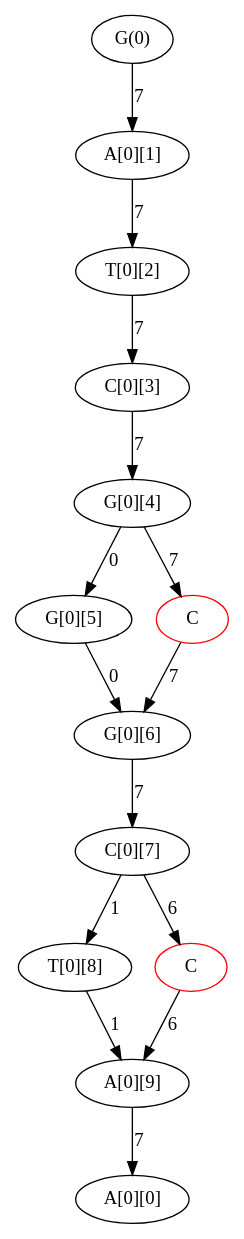
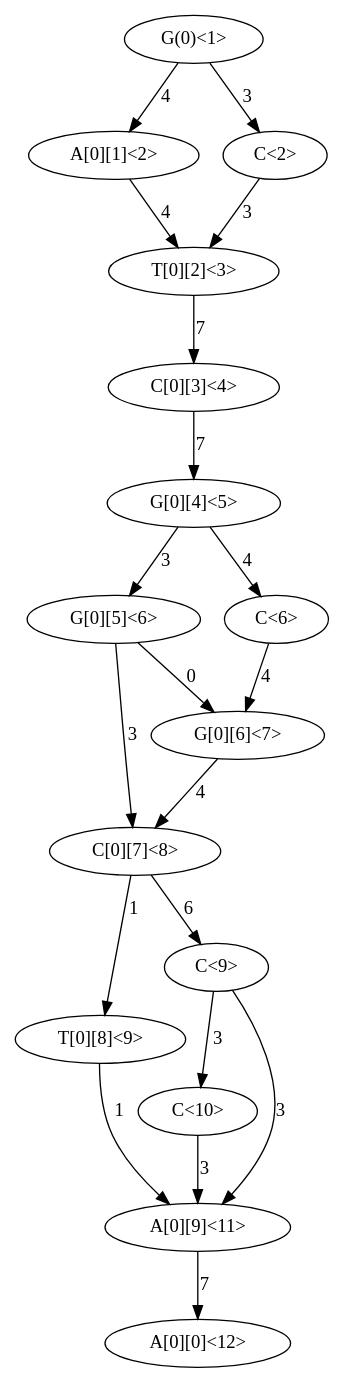
The diagram in subgraph.dot (keithyin/Sparc), drawn with Graphviz before and after one commit. The commit also changed 7 other files, not shown here.

```diff
--- a/subgraph.dot
+++ b/subgraph.dot
@@ -1,31 +1,41 @@
 digraph G {
-"0x791dd8001490" [label="G(0)"];
-"0x791dd8001490" -> "0x791dd80014d0" [label="7"];
-"0x791dd80014d0" [label="A[0][1]"];
-"0x791dd80014d0" -> "0x791dd8001550" [label="7"];
-"0x791dd8001550" [label="T[0][2]"];
-"0x791dd8001550" -> "0x791dd80015d0" [label="7"];
-"0x791dd80015d0" [label="C[0][3]"];
-"0x791dd80015d0" -> "0x791dd8001650" [label="7"];
-"0x791dd8001650" [label="G[0][4]"];
-"0x791dd8001650" -> "0x791dd80016d0" [label="0"];
-"0x791dd80016d0" [label="G[0][5]"];
-"0x791dd8001650" -> "0x791dd8003da0" [label="7"];
-"0x791dd8003da0" [color=red,label="C"];
-"0x791dd8003da0" -> "0x791dd8001750" [label="7"];
-"0x791dd8001750" [label="G[0][6]"];
-"0x791dd80016d0" -> "0x791dd8001750" [label="0"];
-"0x791dd8001750" [label="G[0][6]"];
-"0x791dd8001750" -> "0x791dd80017d0" [label="7"];
-"0x791dd80017d0" [label="C[0][7]"];
-"0x791dd80017d0" -> "0x791dd8001850" [label="1"];
-"0x791dd8001850" [label="T[0][8]"];
-"0x791dd80017d0" -> "0x791dd8003e40" [label="6"];
-"0x791dd8003e40" [color=red,label="C"];
-"0x791dd8003e40" -> "0x791dd80018d0" [label="6"];
-"0x791dd80018d0" [label="A[0][9]"];
-"0x791dd8001850" -> "0x791dd80018d0" [label="1"];
-"0x791dd80018d0" [label="A[0][9]"];
-"0x791dd80018d0" -> "0x791dd8001950" [label="7"];
-"0x791dd8001950" [label="A[0][0]"];
+"0x7e80e00019e0" [label="G(0)<1>"];
+"0x7e80e00019e0" -> "0x7e80e0001a20" [label="4"];
+"0x7e80e0001a20" [label="A[0][1]<2>"];
+"0x7e80e00019e0" -> "0x7e80e0004450" [label="3"];
+"0x7e80e0004450" [label="C<2>"];
+"0x7e80e0004450" -> "0x7e80e0001aa0" [label="3"];
+"0x7e80e0001aa0" [label="T[0][2]<3>"];
+"0x7e80e0001a20" -> "0x7e80e0001aa0" [label="4"];
+"0x7e80e0001aa0" [label="T[0][2]<3>"];
+"0x7e80e0001aa0" -> "0x7e80e0001b20" [label="7"];
+"0x7e80e0001b20" [label="C[0][3]<4>"];
+"0x7e80e0001b20" -> "0x7e80e0001ba0" [label="7"];
+"0x7e80e0001ba0" [label="G[0][4]<5>"];
+"0x7e80e0001ba0" -> "0x7e80e0001c20" [label="3"];
+"0x7e80e0001c20" [label="G[0][5]<6>"];
+"0x7e80e0001ba0" -> "0x7e80e00042f0" [label="4"];
+"0x7e80e00042f0" [label="C<6>"];
+"0x7e80e00042f0" -> "0x7e80e0001ca0" [label="4"];
+"0x7e80e0001ca0" [label="G[0][6]<7>"];
+"0x7e80e0001c20" -> "0x7e80e0001ca0" [label="0"];
+"0x7e80e0001ca0" [label="G[0][6]<7>"];
+"0x7e80e0001c20" -> "0x7e80e0001d20" [label="3"];
+"0x7e80e0001d20" [label="C[0][7]<8>"];
+"0x7e80e0001ca0" -> "0x7e80e0001d20" [label="4"];
+"0x7e80e0001d20" [label="C[0][7]<8>"];
+"0x7e80e0001d20" -> "0x7e80e0001da0" [label="1"];
+"0x7e80e0001da0" [label="T[0][8]<9>"];
+"0x7e80e0001d20" -> "0x7e80e0004390" [label="6"];
+"0x7e80e0004390" [label="C<9>"];
+"0x7e80e0004390" -> "0x7e80e0001e20" [label="3"];
+"0x7e80e0001e20" [label="A[0][9]<11>"];
+"0x7e80e0004390" -> "0x7e80e0004550" [label="3"];
+"0x7e80e0004550" [label="C<10>"];
+"0x7e80e0004550" -> "0x7e80e0001e20" [label="3"];
+"0x7e80e0001e20" [label="A[0][9]<11>"];
+"0x7e80e0001da0" -> "0x7e80e0001e20" [label="1"];
+"0x7e80e0001e20" [label="A[0][9]<11>"];
+"0x7e80e0001e20" -> "0x7e80e0001ea0" [label="7"];
+"0x7e80e0001ea0" [label="A[0][0]<12>"];
 }
```
